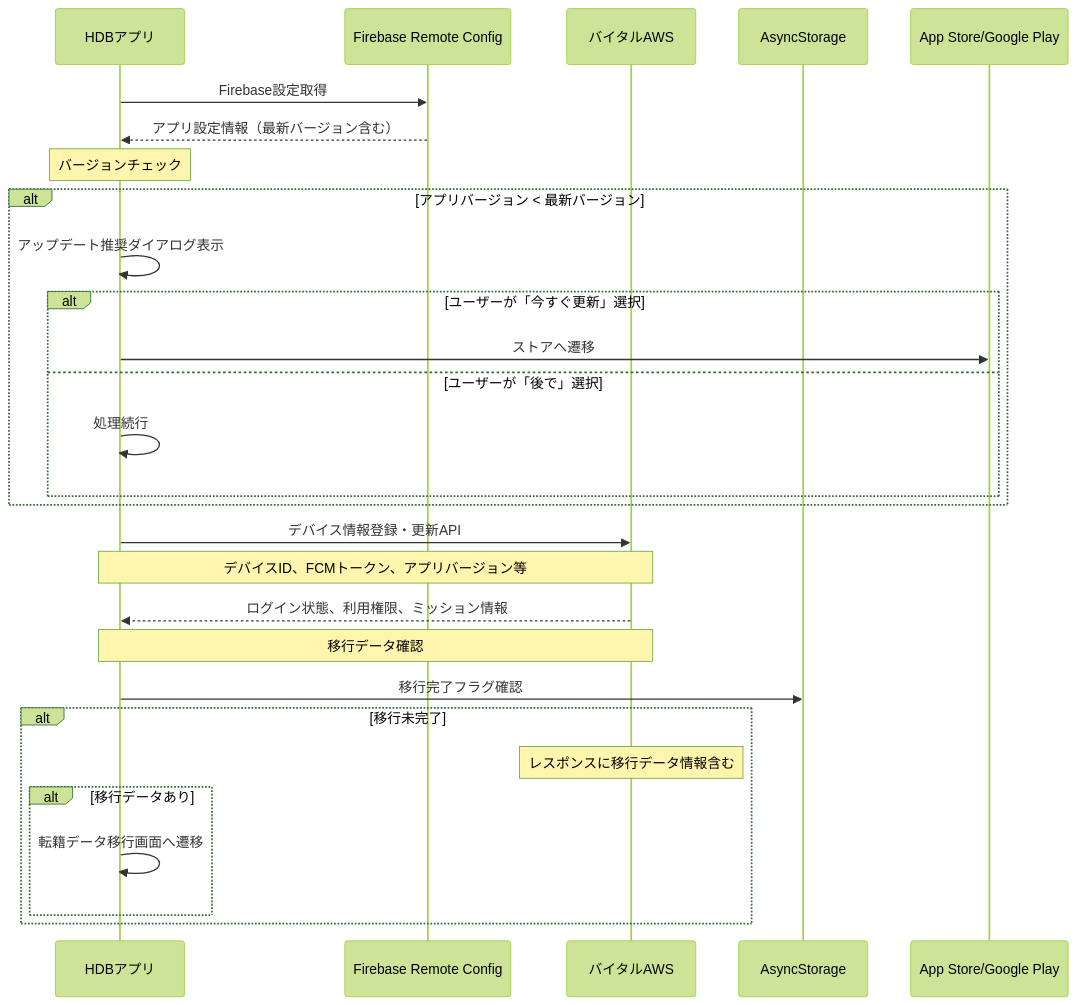
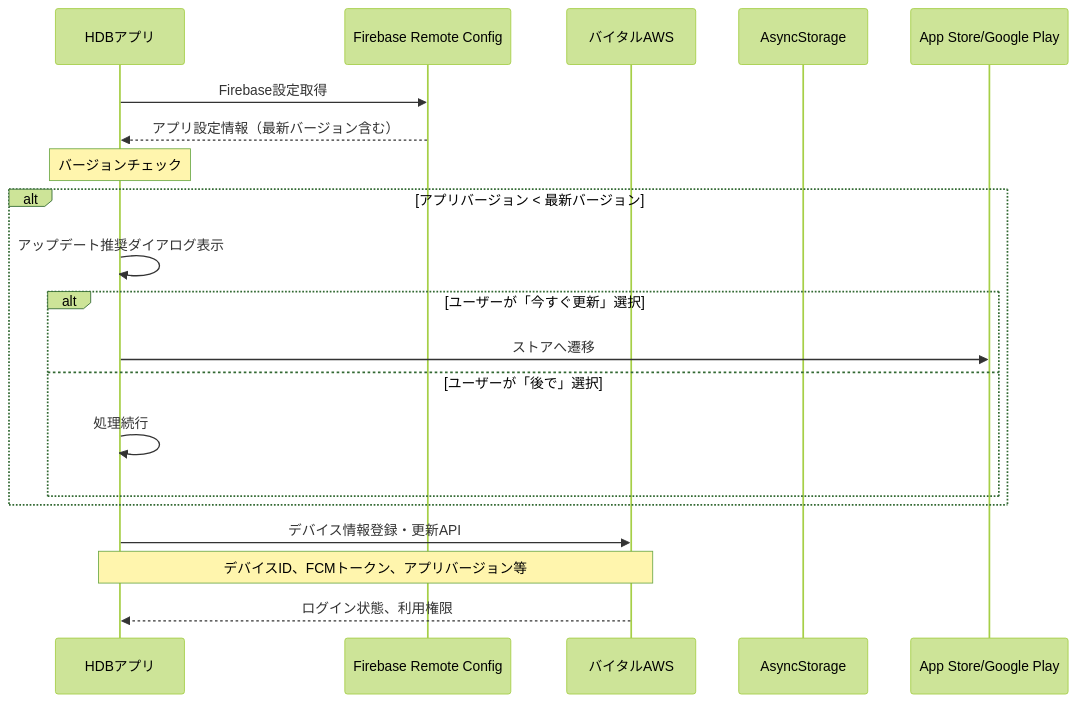
The first of 15 diagrams in doc/QA/画面別API通信図.md (sasaibu/hdb), drawn with Mermaid (forest theme) before and after one commit. The commit also changed other lines of this file and 1 other file, not shown here.

Commit message:
シーケンス図の修正 PUSH通知に関する資料追加

````diff
--- a/doc/QA/画面別API通信図.md
+++ b/doc/QA/画面別API通信図.md
@@ -18,34 +18,26 @@
 ```mermaid
 sequenceDiagram
     participant App as HDBアプリ
     participant Firebase as Firebase Remote Config
     participant AWS as バイタルAWS
     participant Storage as AsyncStorage
     participant Store as App Store/Google Play
     
     App->>Firebase: Firebase設定取得
     Firebase-->>App: アプリ設定情報（最新バージョン含む）
     
     Note over App: バージョンチェック
     alt アプリバージョン < 最新バージョン
         App->>App: アップデート推奨ダイアログ表示
         alt ユーザーが「今すぐ更新」選択
             App->>Store: ストアへ遷移
         else ユーザーが「後で」選択
             App->>App: 処理続行
         end
     end
     
     App->>AWS: デバイス情報登録・更新API
     Note over App,AWS: デバイスID、FCMトークン、アプリバージョン等
-    AWS-->>App: ログイン状態、利用権限、ミッション情報
+    AWS-->>App: ログイン状態、利用権限
     
-    Note over App,AWS: 移行データ確認
-    App->>Storage: 移行完了フラグ確認
-    alt 移行未完了
-        Note over AWS: レスポンスに移行データ情報含む
-        alt 移行データあり
-            App->>App: 転籍データ移行画面へ遷移
-        end
-    end
 ```
````
